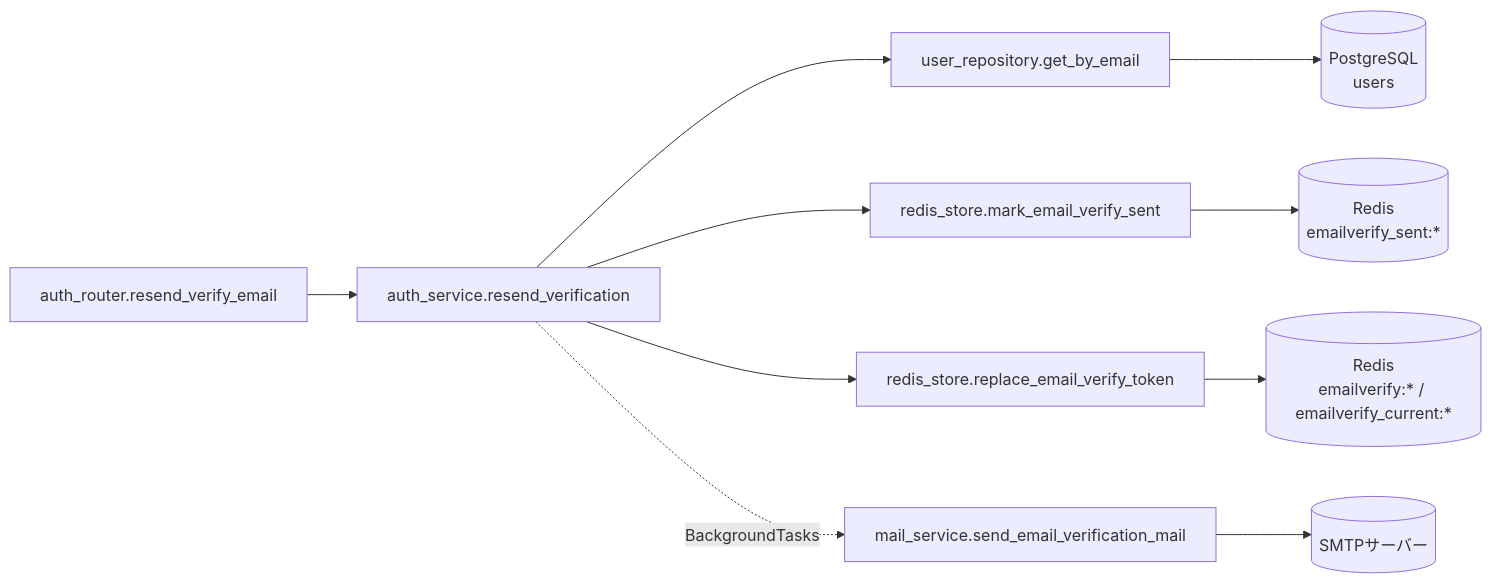
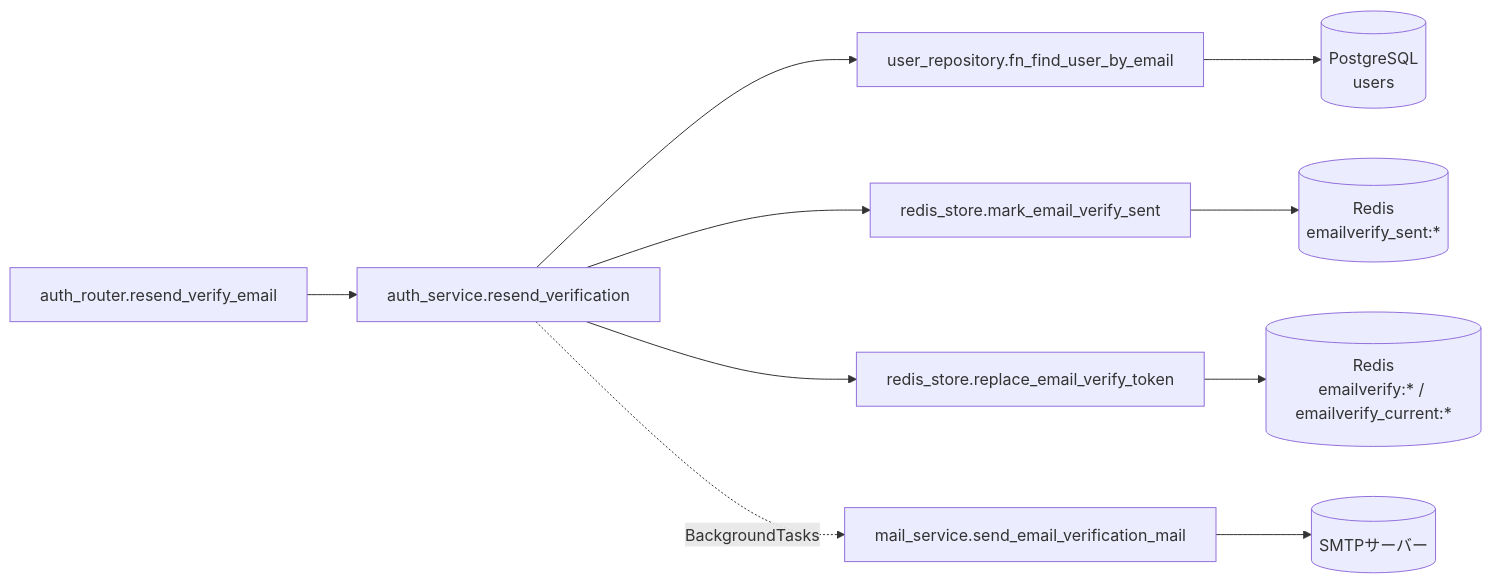
Before and after one commit to oikawa-d/task_management: the third of 4 diagrams in detailed_design/api/auth/08_post_auth_verify_email_resend.md, drawn with Mermaid. The commit also changed other lines of this file and 58 other files, not shown here.

````diff
--- a/detailed_design/api/auth/08_post_auth_verify_email_resend.md
+++ b/detailed_design/api/auth/08_post_auth_verify_email_resend.md
@@ -211,12 +211,12 @@
 ```mermaid
 flowchart LR
     R["auth_router.resend_verify_email"] --> S["auth_service.resend_verification"]
-    S --> UR["user_repository.get_by_email"]
+    S --> UR["user_repository.fn_find_user_by_email"]
     S --> RD1["redis_store.mark_email_verify_sent"]
     S --> RD2["redis_store.replace_email_verify_token"]
     S -.->|"BackgroundTasks"| MS["mail_service.send_email_verification_mail"]
     UR --> PG[("PostgreSQL<br/>users")]
     RD1 --> REDIS[("Redis<br/>emailverify_sent:*")]
     RD2 --> REDIS2[("Redis<br/>emailverify:* / emailverify_current:*")]
     MS --> SMTP[("SMTPサーバー")]
 ```
````
